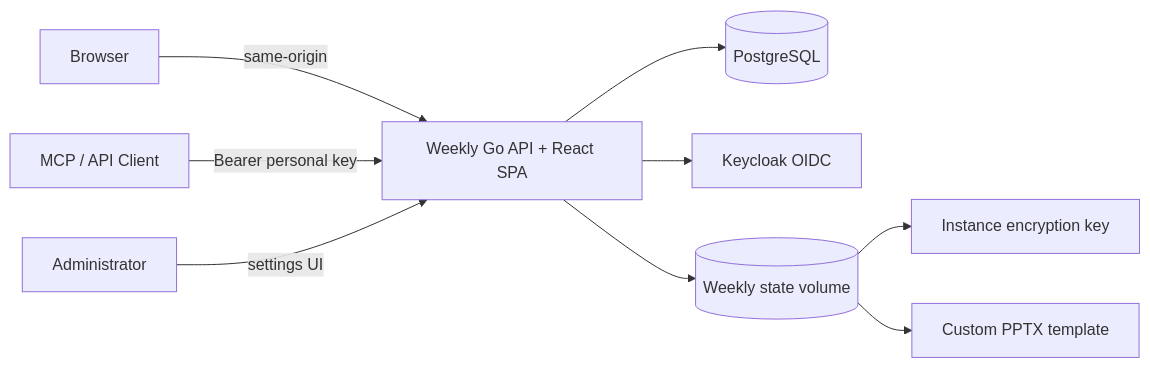
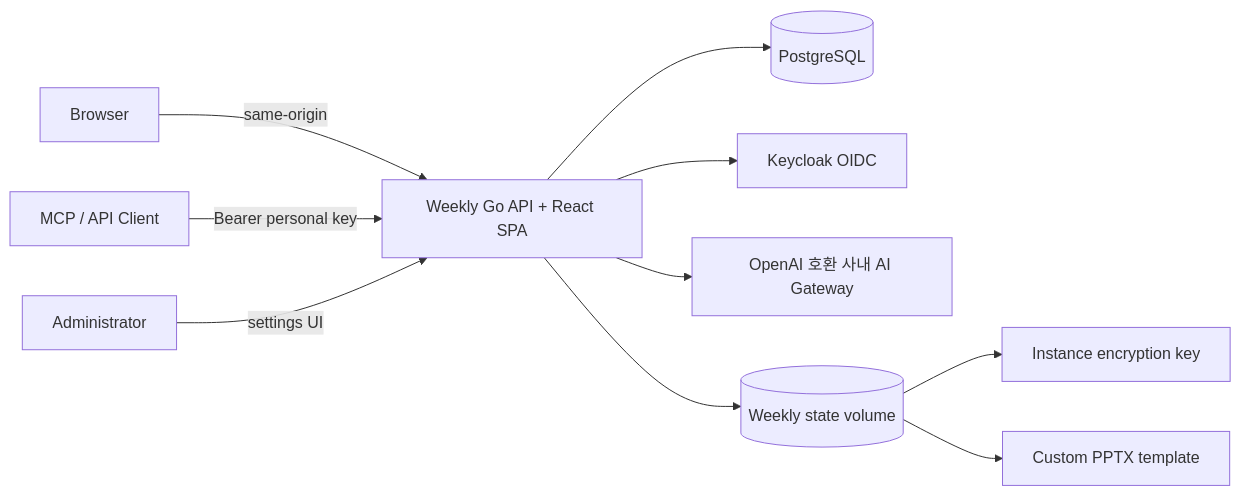
Before and after one commit to hkjang/weekly: the second of 4 diagrams in docs/DESIGN.md, drawn with Mermaid. The commit also changed other lines of this file and 40 other files, not shown here.

````diff
--- a/docs/DESIGN.md
+++ b/docs/DESIGN.md
@@ -42,11 +42,12 @@
 ```mermaid
 flowchart LR
   B[Browser] -->|same-origin| W[Weekly Go API + React SPA]
   W --> P[(PostgreSQL)]
   W --> K[Keycloak OIDC]
+  W --> AI[OpenAI 호환 사내 AI Gateway]
   C[MCP / API Client] -->|Bearer personal key| W
   A[Administrator] -->|settings UI| W
   W --> V[(Weekly state volume)]
   V --> S[Instance encryption key]
   V --> T[Custom PPTX template]
 ```
````
